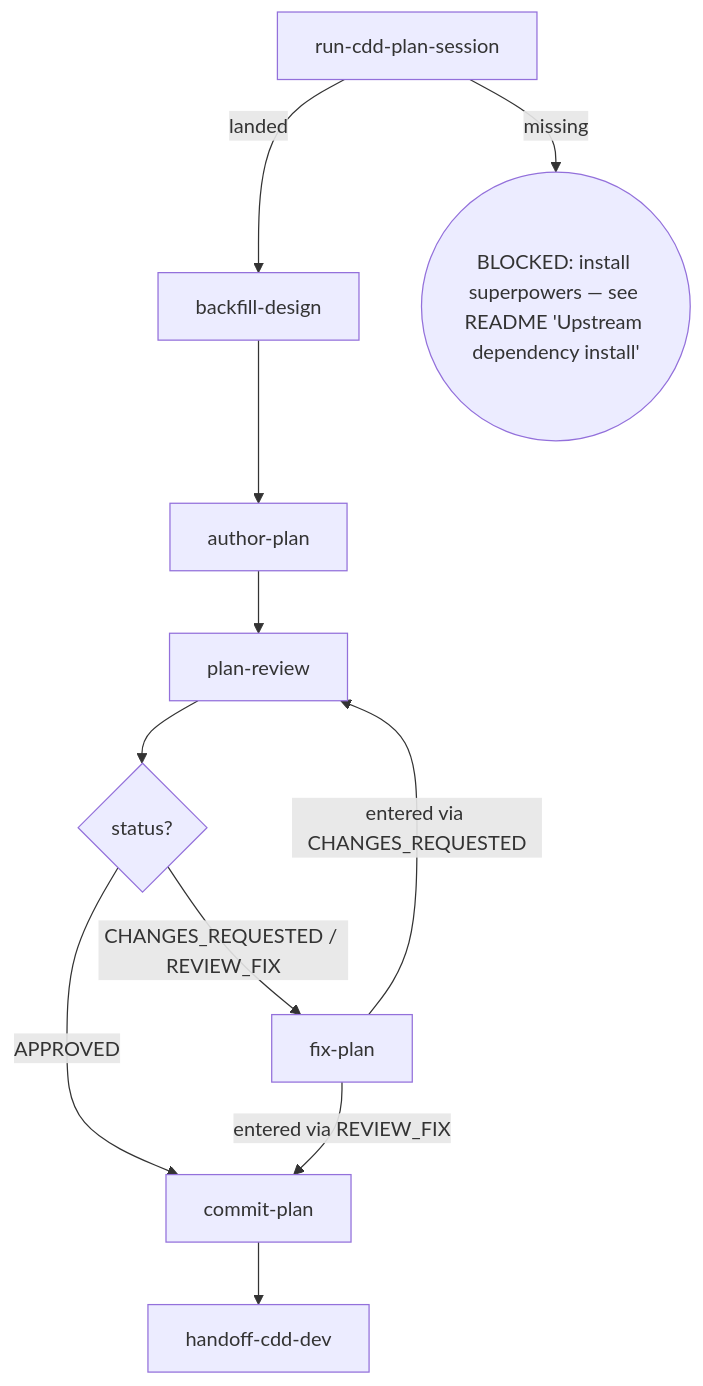
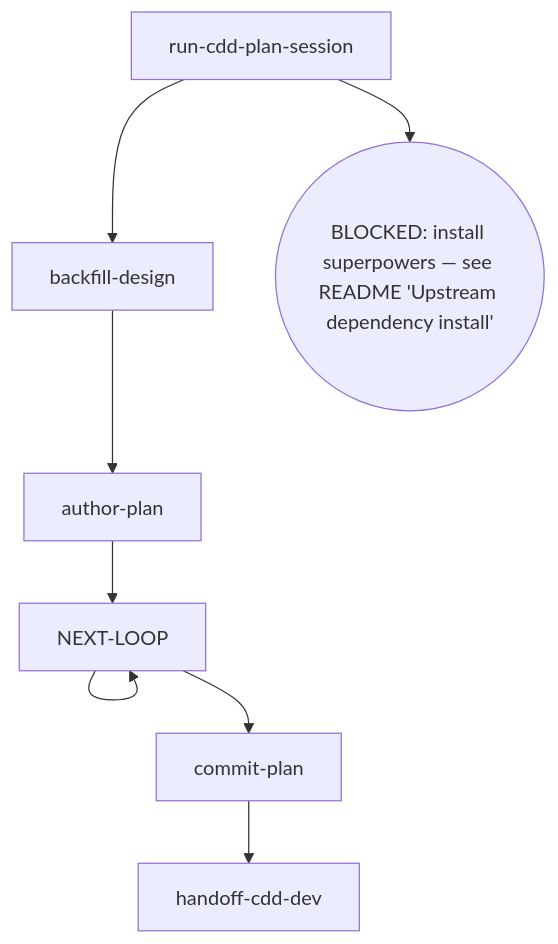
One commit to Oscaner/skills changed the diagram in packages/kairos/skills/cdd-plan/SKILL.md. Above: the diagram before and after it, drawn with Mermaid. The commit also changed other lines of this file and 30 other files, not shown here.

````diff
--- a/packages/kairos/skills/cdd-plan/SKILL.md
+++ b/packages/kairos/skills/cdd-plan/SKILL.md
@@ -12,13 +12,10 @@
 ```mermaid
 flowchart TD
-  A[run-cdd-plan-session] -->|landed| B[backfill-design]
-  A -->|missing| Z1((BLOCKED: install superpowers — see README 'Upstream dependency install'))
+  A[run-cdd-plan-session] --> B[backfill-design]
+  A --> Z1((BLOCKED: install superpowers — see README 'Upstream dependency install'))
   B --> C[author-plan]
-  C --> D[plan-review]
-  D --> E{status?}
-  E -->|CHANGES_REQUESTED / REVIEW_FIX| F[fix-plan]
-  E -->|APPROVED| H[commit-plan]
-  F -->|entered via CHANGES_REQUESTED| D
-  F -->|entered via REVIEW_FIX| H[commit-plan]
-  H --> I[handoff-cdd-dev]
+  C --> L[NEXT-LOOP]
+  L --> L
+  L --> K[commit-plan]
+  K --> H[handoff-cdd-dev]
 ```
````
